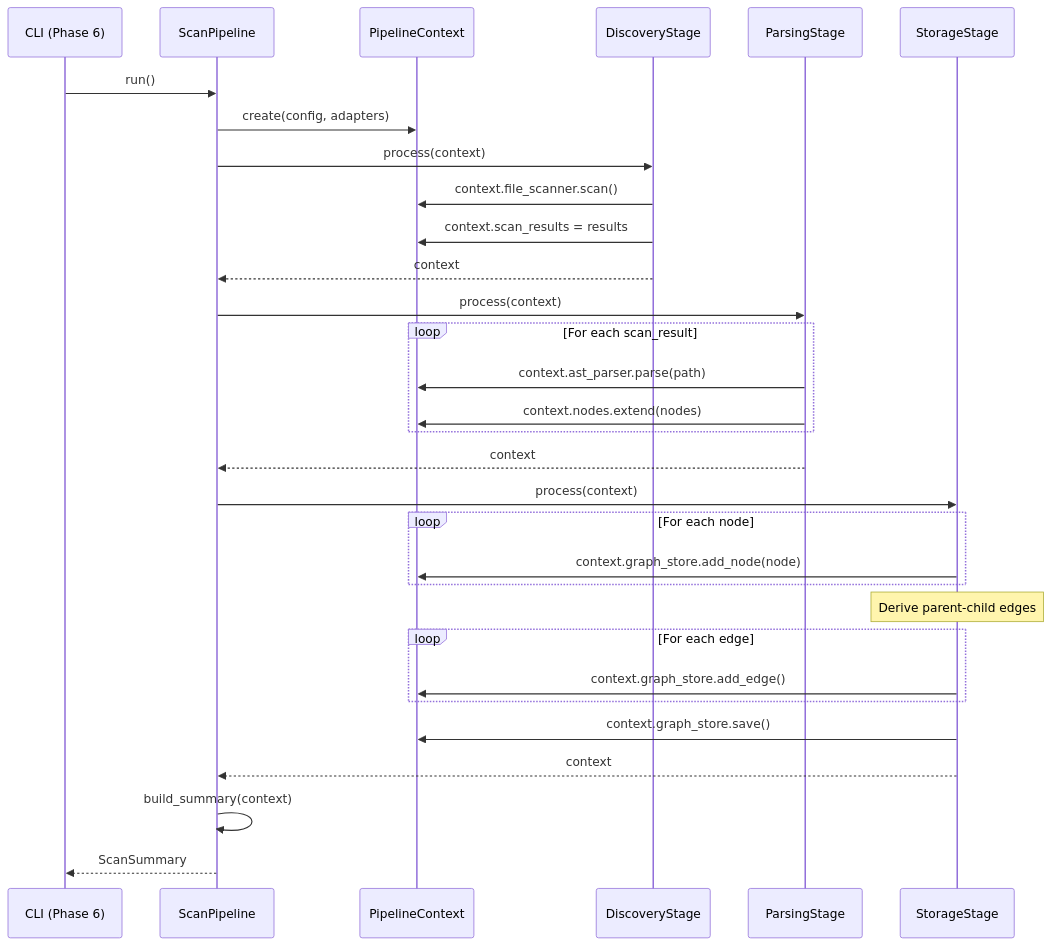
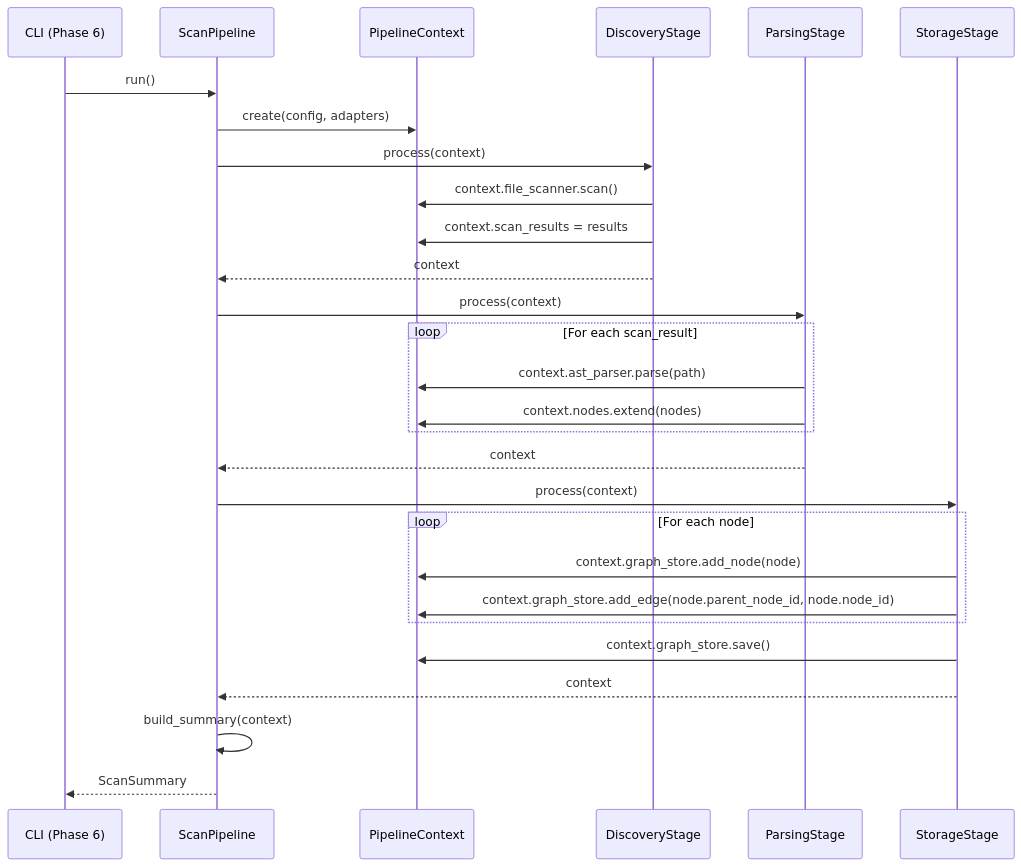
Before and after one commit to AI-Substrate/flow_squared: the second of 2 diagrams in docs/plans/003-fs2-base/tasks/phase-5/tasks.md, drawn with Mermaid. The commit also changed other lines of this file and 24 other files, not shown here.

````diff
--- a/docs/plans/003-fs2-base/tasks/phase-5/tasks.md
+++ b/docs/plans/003-fs2-base/tasks/phase-5/tasks.md
@@ -459,38 +461,35 @@
 ```mermaid
 sequenceDiagram
     participant CLI as CLI (Phase 6)
     participant SP as ScanPipeline
     participant CTX as PipelineContext
     participant DS as DiscoveryStage
     participant PS as ParsingStage
     participant SS as StorageStage
 
     CLI->>SP: run()
     SP->>CTX: create(config, adapters)
 
     SP->>DS: process(context)
     DS->>CTX: context.file_scanner.scan()
     DS->>CTX: context.scan_results = results
     DS-->>SP: context
 
     SP->>PS: process(context)
     loop For each scan_result
         PS->>CTX: context.ast_parser.parse(path)
         PS->>CTX: context.nodes.extend(nodes)
     end
     PS-->>SP: context
 
     SP->>SS: process(context)
     loop For each node
         SS->>CTX: context.graph_store.add_node(node)
-    end
-    Note over SS: Derive parent-child edges
-    loop For each edge
-        SS->>CTX: context.graph_store.add_edge()
+        SS->>CTX: context.graph_store.add_edge(node.parent_node_id, node.node_id)
     end
     SS->>CTX: context.graph_store.save()
     SS-->>SP: context
 
     SP->>SP: build_summary(context)
     SP-->>CLI: ScanSummary
 ```
````
